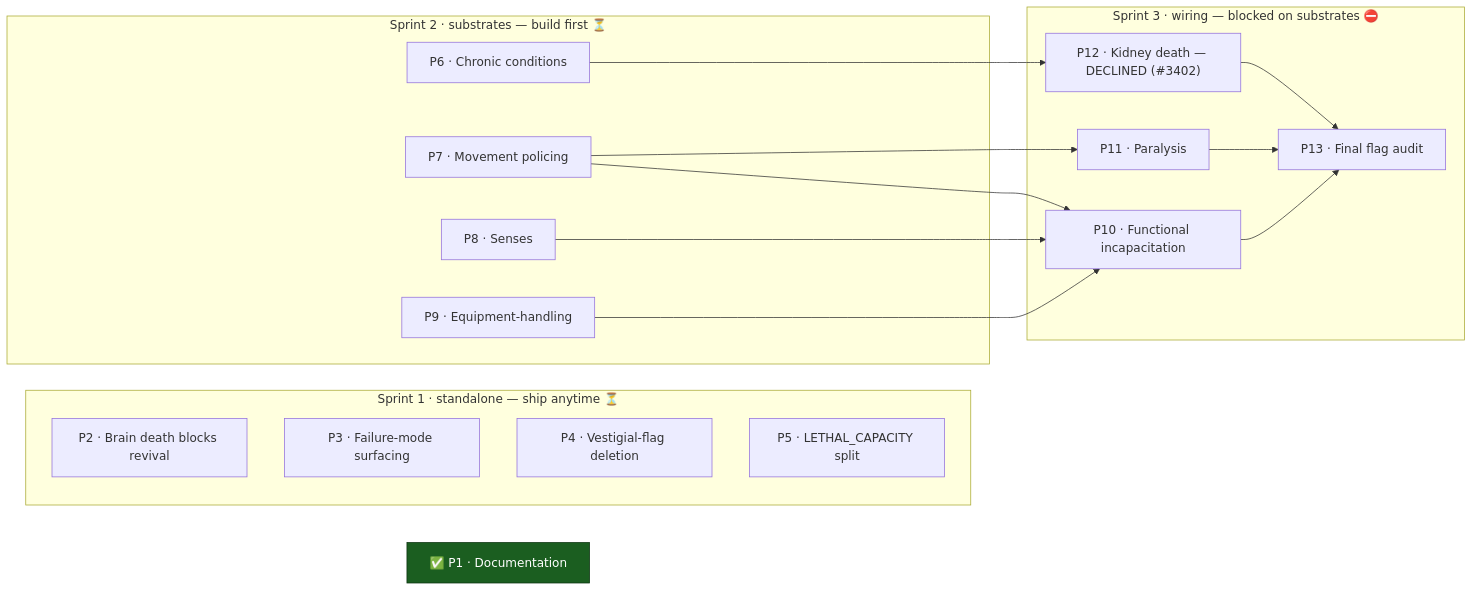
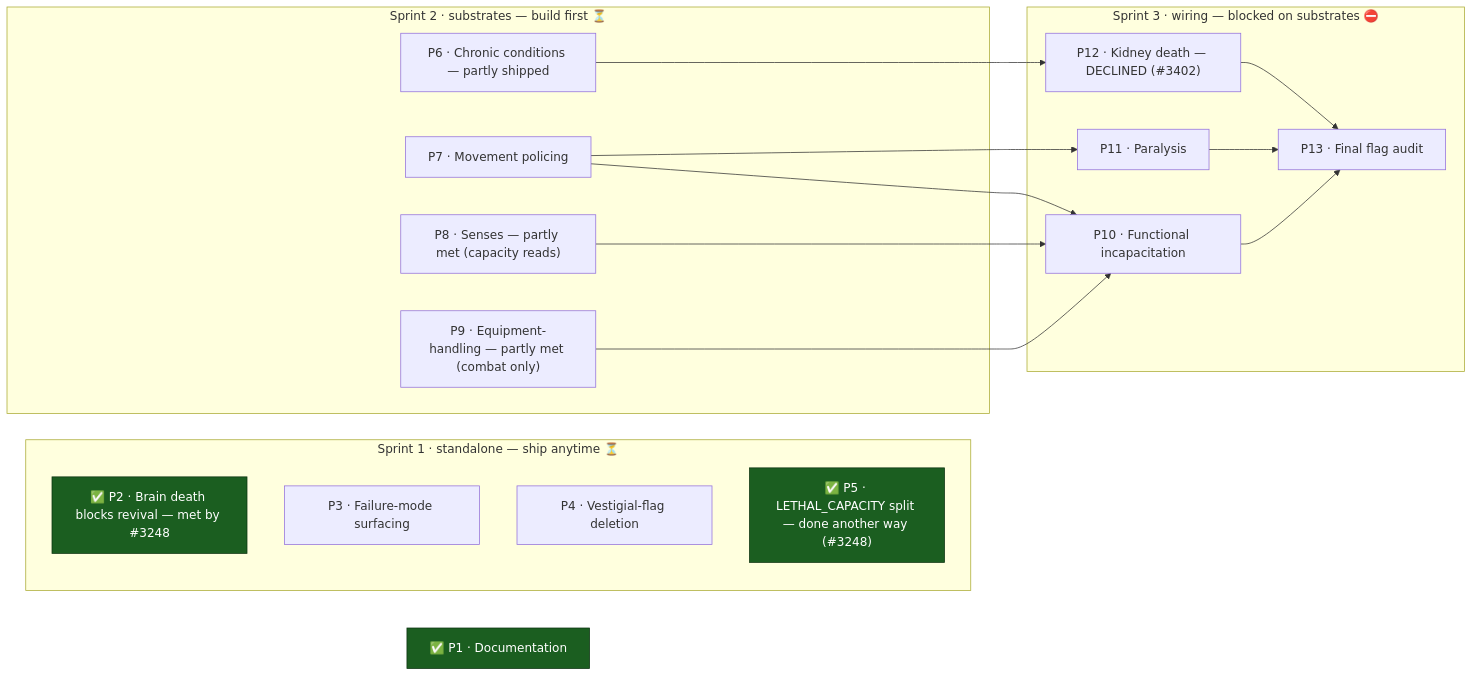
The diagram in specs/roadmaps/MEDICAL_SUBSTRATE_ROADMAP.md (daiimus/gelatinous), drawn with Mermaid before and after one commit. The commit also changed other lines of this file and 11 other files, not shown here.

````diff
--- a/specs/roadmaps/MEDICAL_SUBSTRATE_ROADMAP.md
+++ b/specs/roadmaps/MEDICAL_SUBSTRATE_ROADMAP.md
@@ -35,36 +36,36 @@
 ```mermaid
 graph LR
     P1["✅ P1 · Documentation"]:::done
 
     subgraph S1["Sprint 1 · standalone — ship anytime ⏳"]
-        P2["P2 · Brain death blocks revival"]
+        P2["✅ P2 · Brain death blocks revival — met by #3248"]:::done
         P3["P3 · Failure-mode surfacing"]
         P4["P4 · Vestigial-flag deletion"]
-        P5["P5 · LETHAL_CAPACITY split"]
+        P5["✅ P5 · LETHAL_CAPACITY split — done another way (#3248)"]:::done
     end
 
     subgraph S2["Sprint 2 · substrates — build first ⏳"]
-        P6["P6 · Chronic conditions"]
+        P6["P6 · Chronic conditions — partly shipped"]
         P7["P7 · Movement policing"]
-        P8["P8 · Senses"]
-        P9["P9 · Equipment-handling"]
+        P8["P8 · Senses — partly met (capacity reads)"]
+        P9["P9 · Equipment-handling — partly met (combat only)"]
     end
 
     subgraph S3["Sprint 3 · wiring — blocked on substrates ⛔"]
         P10["P10 · Functional incapacitation"]
         P11["P11 · Paralysis"]
         P12["P12 · Kidney death — DECLINED (#3402)"]
         P13["P13 · Final flag audit"]
     end
 
     P6 --> P12
     P7 --> P10
     P7 --> P11
     P8 --> P10
     P9 --> P10
     P10 --> P13
     P11 --> P13
     P12 --> P13
 
     classDef done fill:#1b5e20,color:#fff,stroke:#0d3311;
 ```
````
